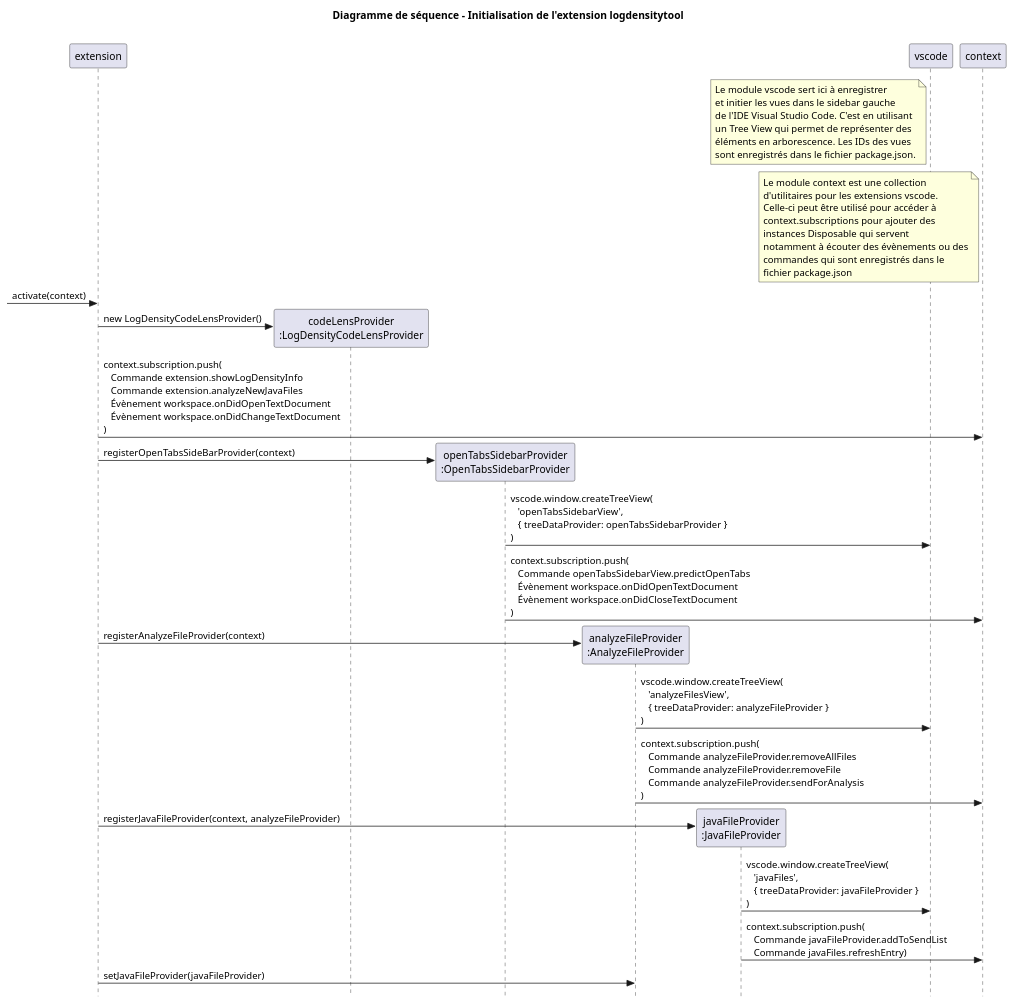
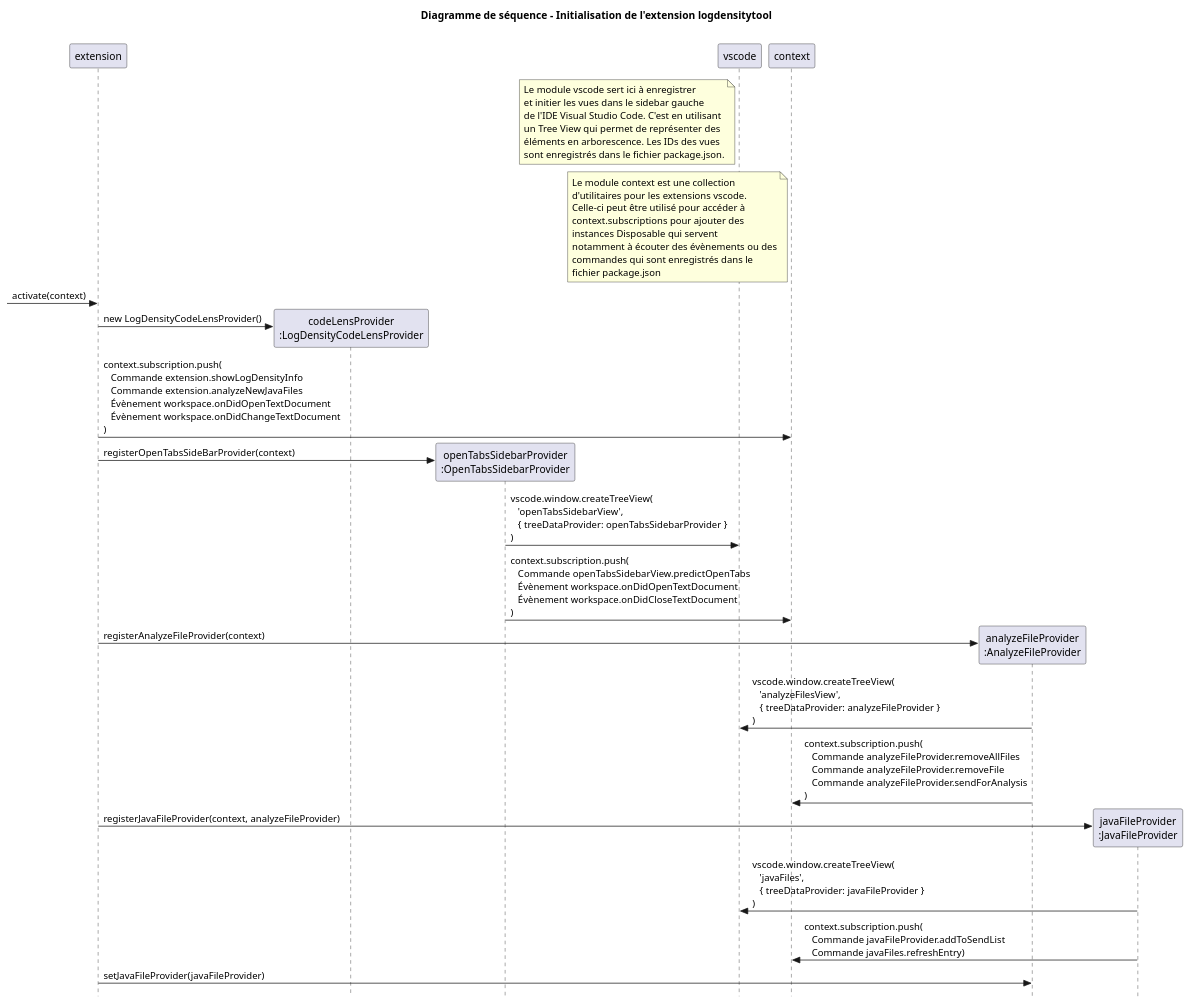
The diagram in artifacts/ds - initialisation extension.puml (DaREf-MS/log-density-plugin), drawn with PlantUML before and after one commit. The commit also changed 1 other file, not shown here.

```diff
--- a/artifacts/ds - initialisation extension.puml
+++ b/artifacts/ds - initialisation extension.puml
@@ -1,46 +1,47 @@
 @startuml
 title Diagramme de séquence - Initialisation de l'extension logdensitytool
 skinparam style strictuml
 
 participant "extension" as extension
 note left of vscode
 Le module vscode sert ici à enregistrer
 et initier les vues dans le sidebar gauche
 de l'IDE Visual Studio Code. C'est en utilisant
 un Tree View qui permet de représenter des
 éléments en arborescence. Les IDs des vues
 sont enregistrés dans le fichier package.json.
 end note
 note left of context
 Le module context est une collection
 d'utilitaires pour les extensions vscode.
 Celle-ci peut être utilisé pour accéder à 
 context.subscriptions pour ajouter des
 instances Disposable qui servent
 notamment à écouter des évènements ou des
 commandes qui sont enregistrés dans le
 fichier package.json
 end note
 
 -> extension : activate(context)
 
 extension -> "codeLensProvider\n:LogDensityCodeLensProvider" as codeLensProvider ** : new LogDensityCodeLensProvider()
 extension -> context : context.subscription.push(\n   Commande extension.showLogDensityInfo\n   Commande extension.analyzeNewJavaFiles\n   Évènement workspace.onDidOpenTextDocument\n   Évènement workspace.onDidChangeTextDocument\n)
 
 extension -> "openTabsSidebarProvider\n:OpenTabsSidebarProvider" as sidebar ** : registerOpenTabsSideBarProvider(context)
+
+participant ":vscode" as vscode
+participant "context\n:ExtensionContext" as context
+
 sidebar -> vscode : vscode.window.createTreeView(\n   'openTabsSidebarView',\n   { treeDataProvider: openTabsSidebarProvider }\n)
 sidebar -> context : context.subscription.push(\n   Commande openTabsSidebarView.predictOpenTabs\n   Évènement workspace.onDidOpenTextDocument\n   Évènement workspace.onDidCloseTextDocument\n)
 
 extension -> "analyzeFileProvider\n:AnalyzeFileProvider" as analyze ** : registerAnalyzeFileProvider(context)
 analyze -> vscode : vscode.window.createTreeView(\n   'analyzeFilesView',\n   { treeDataProvider: analyzeFileProvider }\n)
 analyze -> context : context.subscription.push(\n   Commande analyzeFileProvider.removeAllFiles\n   Commande analyzeFileProvider.removeFile\n   Commande analyzeFileProvider.sendForAnalysis\n)
 
 extension -> "javaFileProvider\n:JavaFileProvider" as provider ** : registerJavaFileProvider(context, analyzeFileProvider)
 provider -> vscode : vscode.window.createTreeView(\n   'javaFiles',\n   { treeDataProvider: javaFileProvider }\n)
 provider -> context : context.subscription.push(\n   Commande javaFileProvider.addToSendList\n   Commande javaFiles.refreshEntry)
 
 extension -> analyze : setJavaFileProvider(javaFileProvider)
-
-participant ":vscode" as vscode
-participant "context\n:ExtensionContext" as context
 @enduml
```
